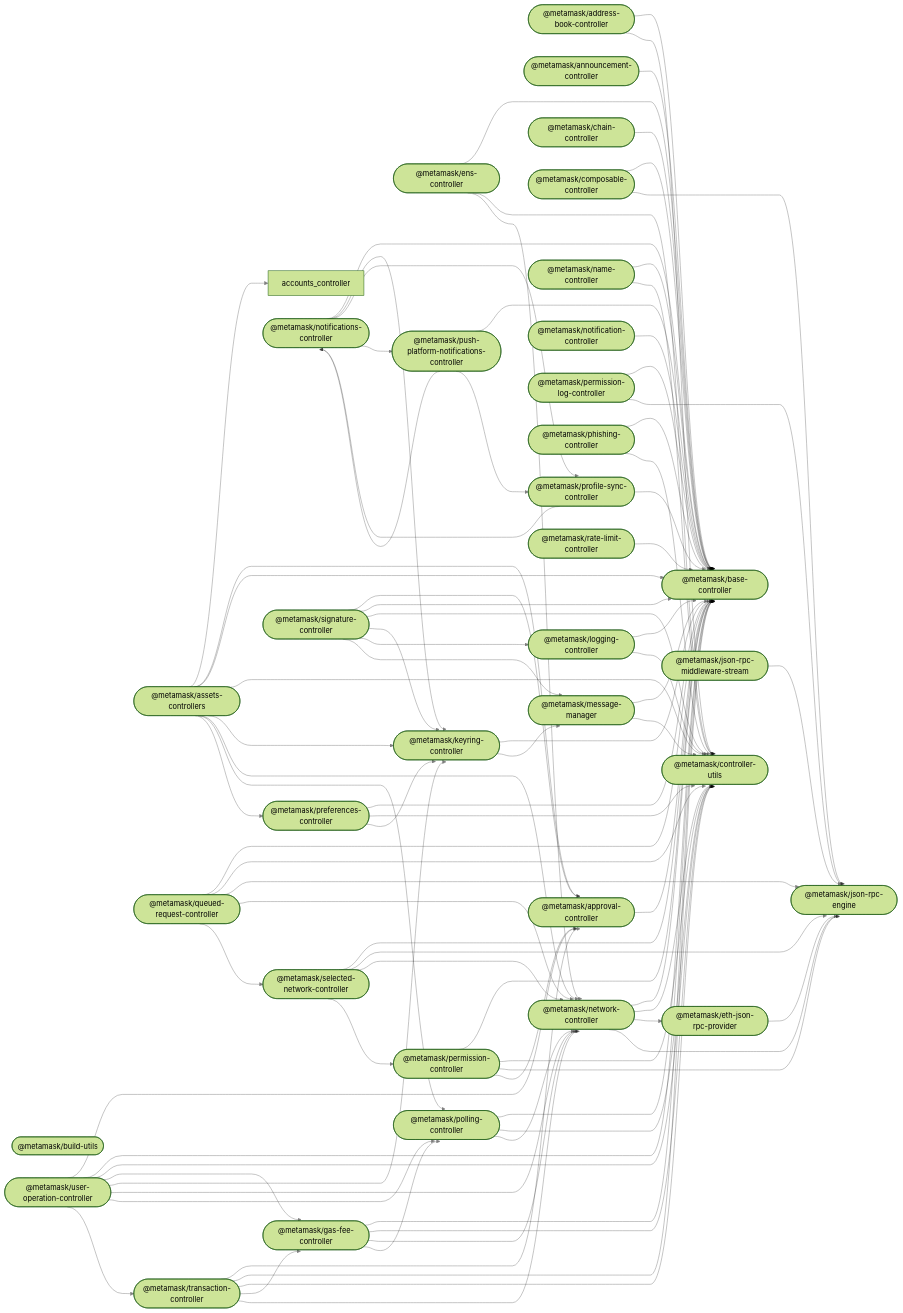
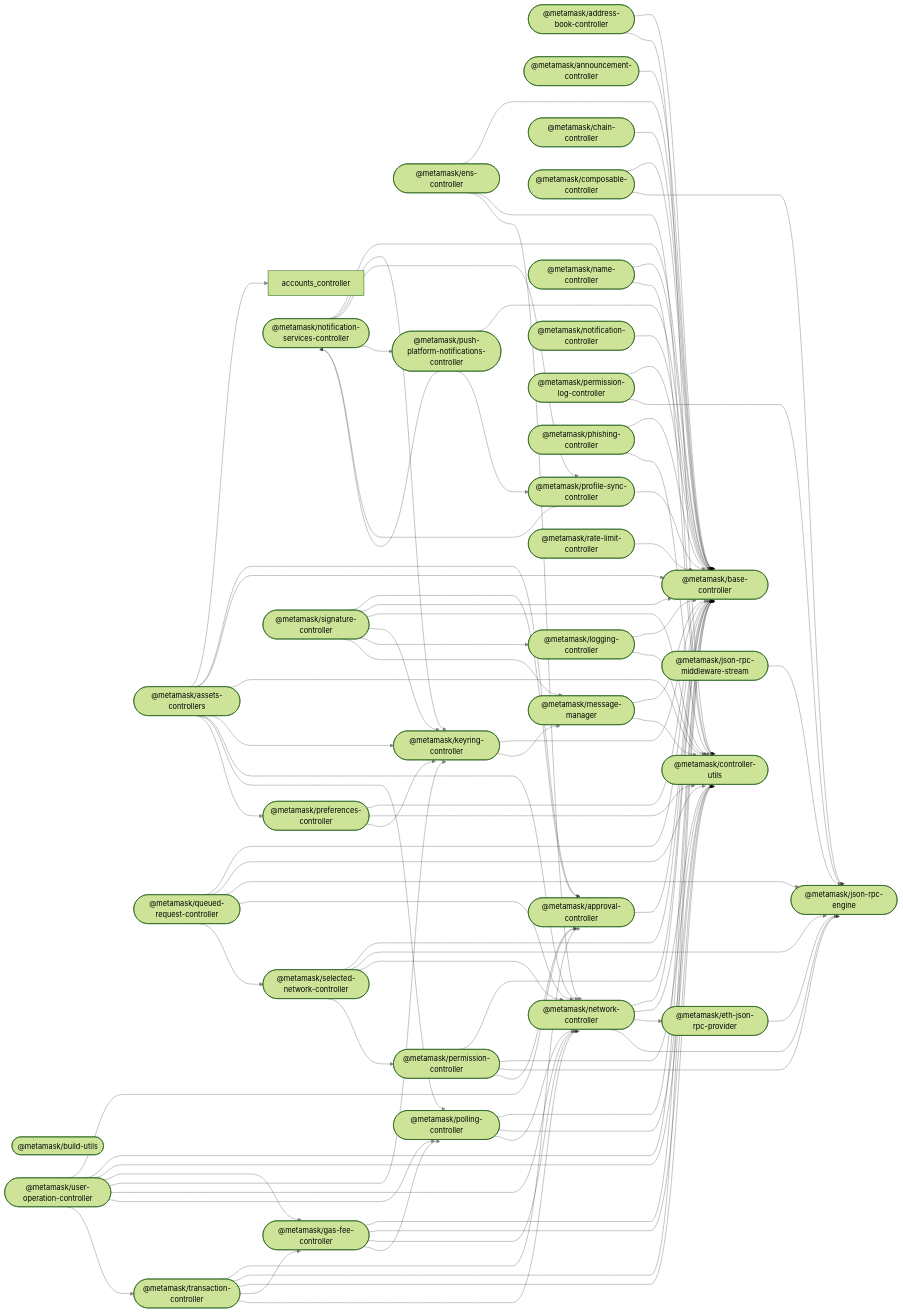
One commit to MetaMask/core changed the diagram in README.md. Above: the diagram before and after it, drawn with Mermaid (forest theme). The commit also changed other lines of this file and 87 other files, not shown here.

First line of the commit message:
refactor: tidy up notfiication services controller

```diff
--- a/README.md
+++ b/README.md
@@ -73,7 +73,7 @@
   name_controller(["@metamask/name-controller"]);
   network_controller(["@metamask/network-controller"]);
   notification_controller(["@metamask/notification-controller"]);
-  notifications_controller(["@metamask/notifications-controller"]);
+  notifications_controller(["@metamask/notification-services-controller"]);
   permission_controller(["@metamask/permission-controller"]);
   permission_log_controller(["@metamask/permission-log-controller"]);
   phishing_controller(["@metamask/phishing-controller"]);
```
